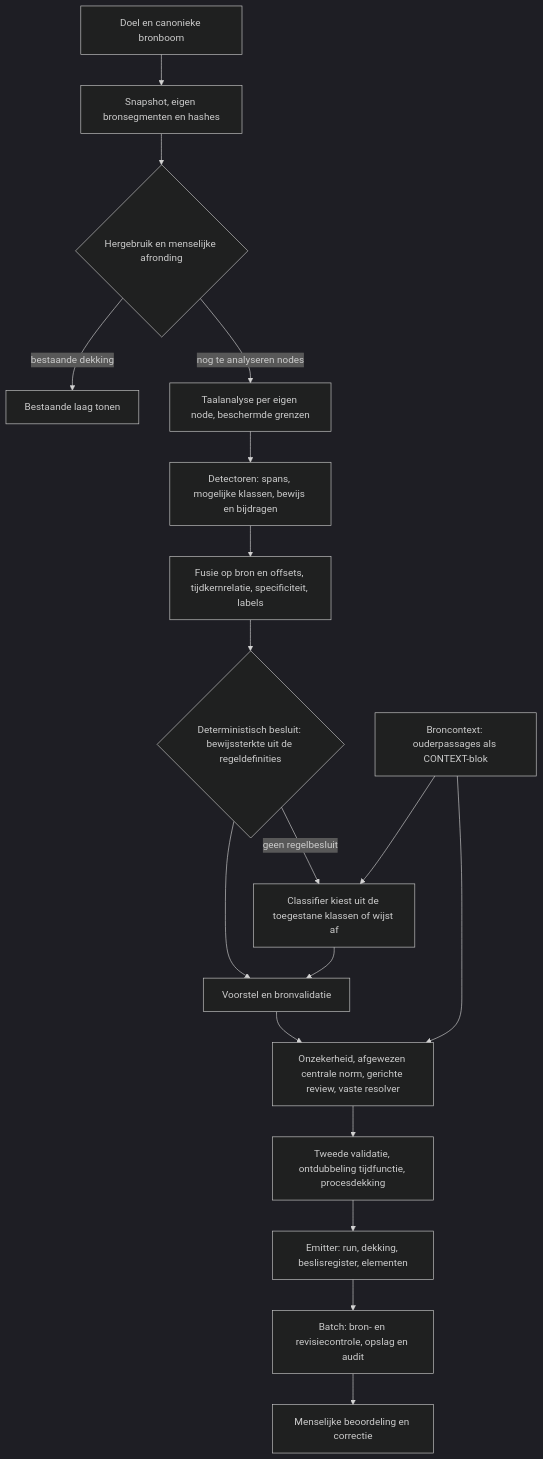
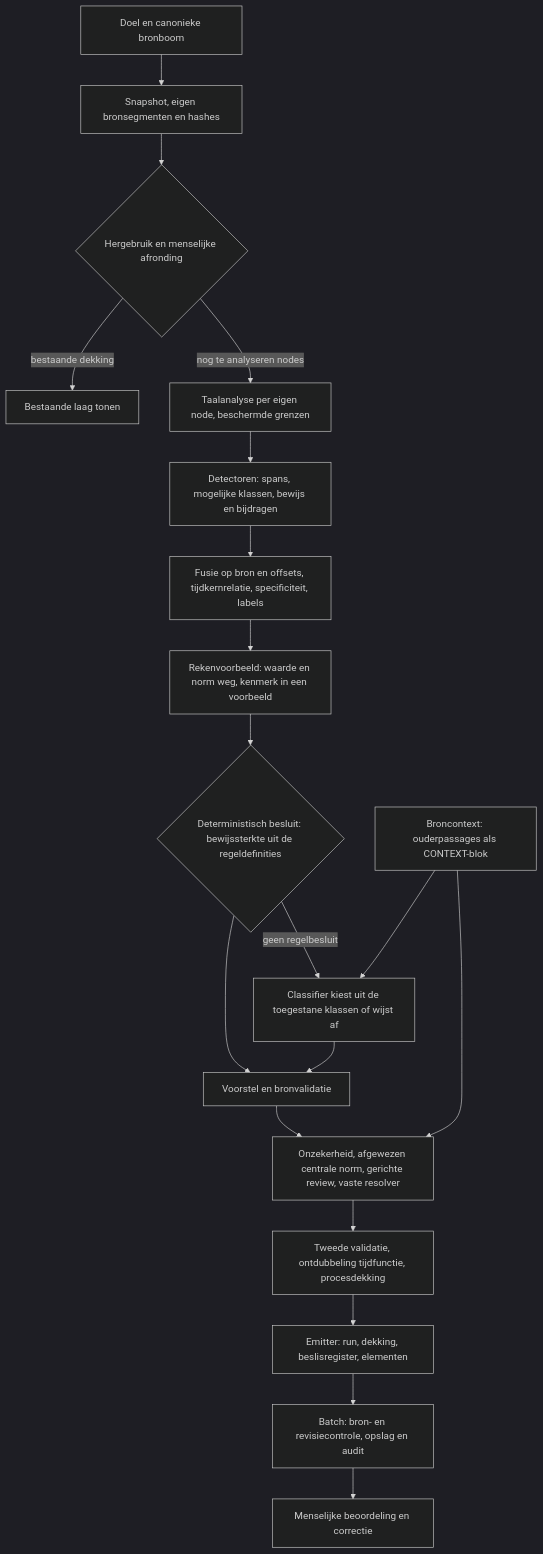
One commit to palmw01/wetsanalyse-ai changed the diagram in docs/architectuur/annotatieketen.md. Above: the diagram before and after it, drawn with Mermaid (dark theme). The commit also changed other lines of this file and 13 other files, not shown here.

````diff
--- a/docs/architectuur/annotatieketen.md
+++ b/docs/architectuur/annotatieketen.md
@@ -21,20 +21,21 @@
 ```mermaid
 flowchart TD
     A[Doel en canonieke bronboom] --> B[Snapshot, eigen bronsegmenten en hashes]
     B --> C{Hergebruik en menselijke afronding}
     C -->|bestaande dekking| D[Bestaande laag tonen]
     C -->|nog te analyseren nodes| E[Taalanalyse per eigen node, beschermde grenzen]
     E --> F[Detectoren: spans, mogelijke klassen, bewijs en bijdragen]
     F --> G[Fusie op bron en offsets, tijdkernrelatie, specificiteit, labels]
-    G --> H{Deterministisch besluit: bewijssterkte uit de regeldefinities}
+    G --> V[Rekenvoorbeeld: waarde en norm weg, kenmerk in een voorbeeld]
+    V --> H{Deterministisch besluit: bewijssterkte uit de regeldefinities}
     H -->|geen regelbesluit| I[Classifier kiest uit de toegestane klassen of wijst af]
     X[Broncontext: ouderpassages als CONTEXT-blok] --> I
     H --> J[Voorstel en bronvalidatie]
     I --> J
     J --> K[Onzekerheid, afgewezen centrale norm, gerichte review, vaste resolver]
     X --> K
     K --> L[Tweede validatie, ontdubbeling tijdfunctie, procesdekking]
     L --> M[Emitter: run, dekking, beslisregister, elementen]
     M --> N[Batch: bron- en revisiecontrole, opslag en audit]
     N --> O[Menselijke beoordeling en correctie]
 ```
````
